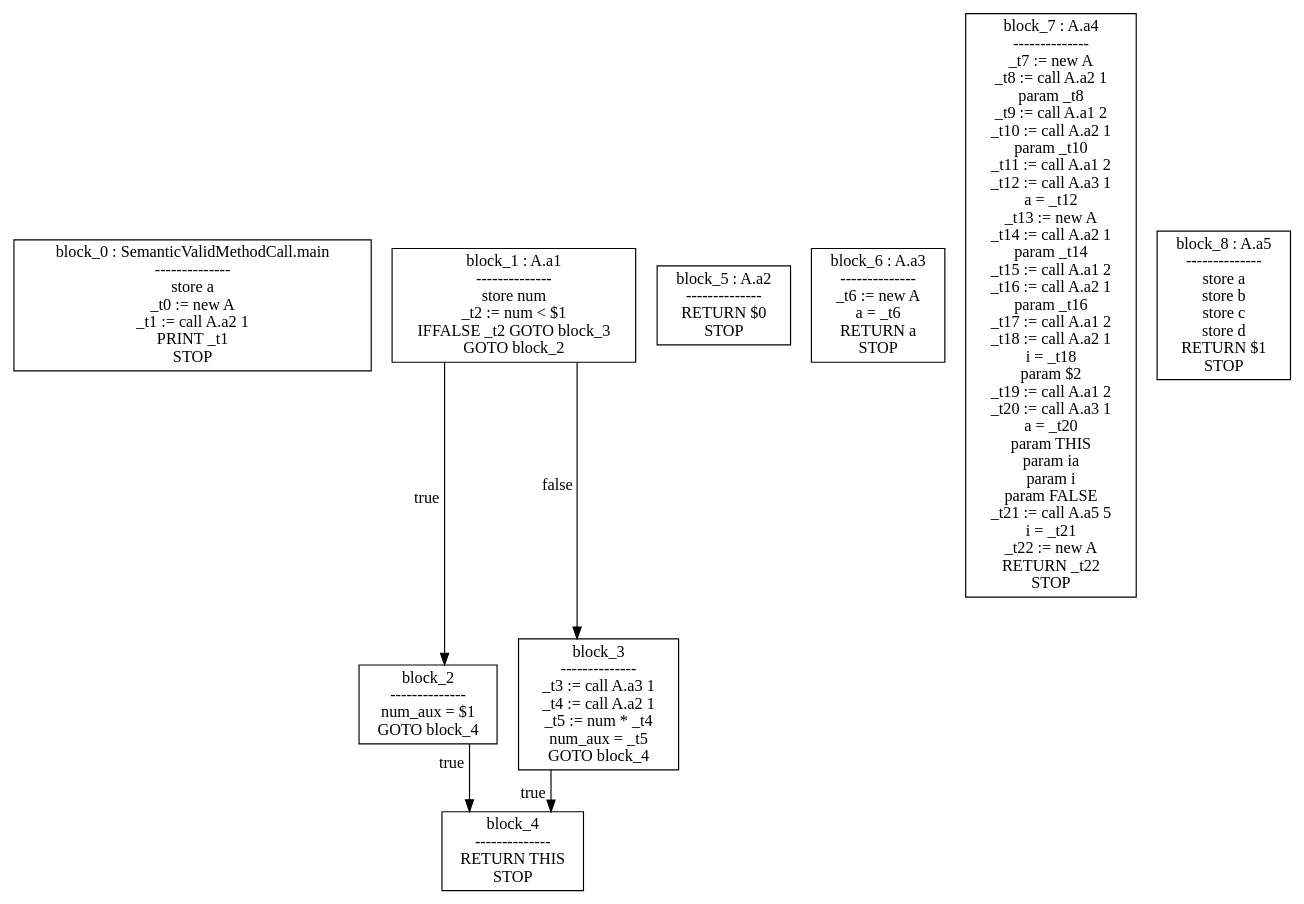
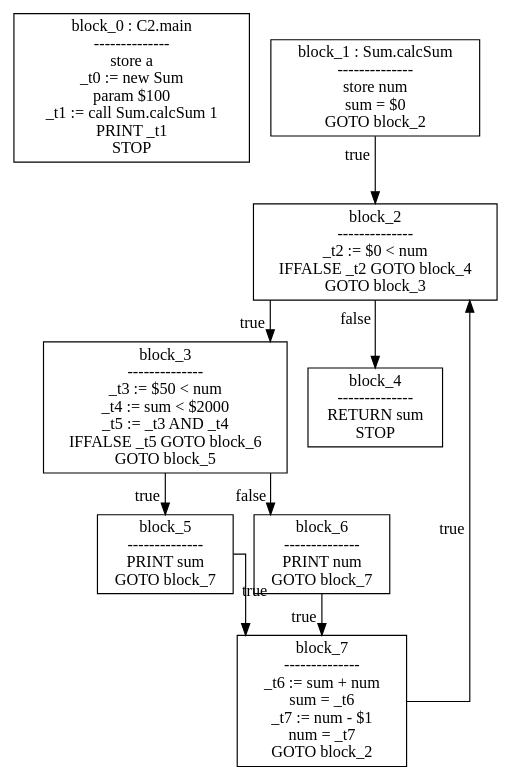
One commit to icetenny/bth-compiler-design changed the diagram in assignment3/ir_tree.dot. Above: the diagram before and after it, drawn with Graphviz. The commit also changed 15 other files, not shown here.

```diff
--- a/assignment3/ir_tree.dot
+++ b/assignment3/ir_tree.dot
@@ -1,96 +1,64 @@
 digraph {
  graph [ splines = ortho ]
 node [ shape = box ];
-n0 [label="block_0 : SemanticValidMethodCall.main
+n0 [label="block_0 : C2.main
 --------------
 store a
-_t0 := new A 
-_t1 := call A.a2 1
+_t0 := new Sum 
+param $100
+_t1 := call Sum.calcSum 1
 PRINT _t1
 STOP 
 "];
-n1 [label="block_1 : A.a1
+n1 [label="block_1 : Sum.calcSum
 --------------
 store num
-_t2 := num < $1
-IFFALSE _t2 GOTO block_3
+sum = $0
 GOTO block_2
 "];
 n1 -> n2 [xlabel= "true"];
-n1 -> n3 [xlabel= "false"];
 n2 [label="block_2
 --------------
-num_aux = $1
-GOTO block_4
+_t2 := $0 < num
+IFFALSE _t2 GOTO block_4
+GOTO block_3
 "];
-n2 -> n4 [xlabel= "true"];
+n2 -> n3 [xlabel= "true"];
+n2 -> n4 [xlabel= "false"];
 n3 [label="block_3
 --------------
-_t3 := call A.a3 1
-_t4 := call A.a2 1
-_t5 := num * _t4
-num_aux = _t5
-GOTO block_4
+_t3 := $50 < num
+_t4 := sum < $2000
+_t5 := _t3 AND _t4
+IFFALSE _t5 GOTO block_6
+GOTO block_5
 "];
-n3 -> n4 [xlabel= "true"];
+n3 -> n5 [xlabel= "true"];
+n3 -> n6 [xlabel= "false"];
 n4 [label="block_4
 --------------
-RETURN THIS
+RETURN sum
 STOP 
 "];
-n5 [label="block_5 : A.a2
+n5 [label="block_5
 --------------
-RETURN $0
-STOP 
+PRINT sum
+GOTO block_7
 "];
-n6 [label="block_6 : A.a3
+n5 -> n7 [xlabel= "true"];
+n6 [label="block_6
 --------------
-_t6 := new A 
-a = _t6
-RETURN a
-STOP 
+PRINT num
+GOTO block_7
 "];
-n7 [label="block_7 : A.a4
+n6 -> n7 [xlabel= "true"];
+n7 [label="block_7
 --------------
-_t7 := new A 
-_t8 := call A.a2 1
-param _t8
-_t9 := call A.a1 2
-_t10 := call A.a2 1
-param _t10
-_t11 := call A.a1 2
-_t12 := call A.a3 1
-a = _t12
-_t13 := new A 
-_t14 := call A.a2 1
-param _t14
-_t15 := call A.a1 2
-_t16 := call A.a2 1
-param _t16
-_t17 := call A.a1 2
-_t18 := call A.a2 1
-i = _t18
-param $2
-_t19 := call A.a1 2
-_t20 := call A.a3 1
-a = _t20
-param THIS
-param ia
-param i
-param FALSE
-_t21 := call A.a5 5
-i = _t21
-_t22 := new A 
-RETURN _t22
-STOP 
+_t6 := sum + num
+sum = _t6
+_t7 := num - $1
+num = _t7
+GOTO block_2
 "];
-n8 [label="block_8 : A.a5
---------------
-store a
-store b
-store c
-store d
-RETURN $1
-STOP 
-"];
+n7 -> n2 [xlabel= "true"];
 }
```
